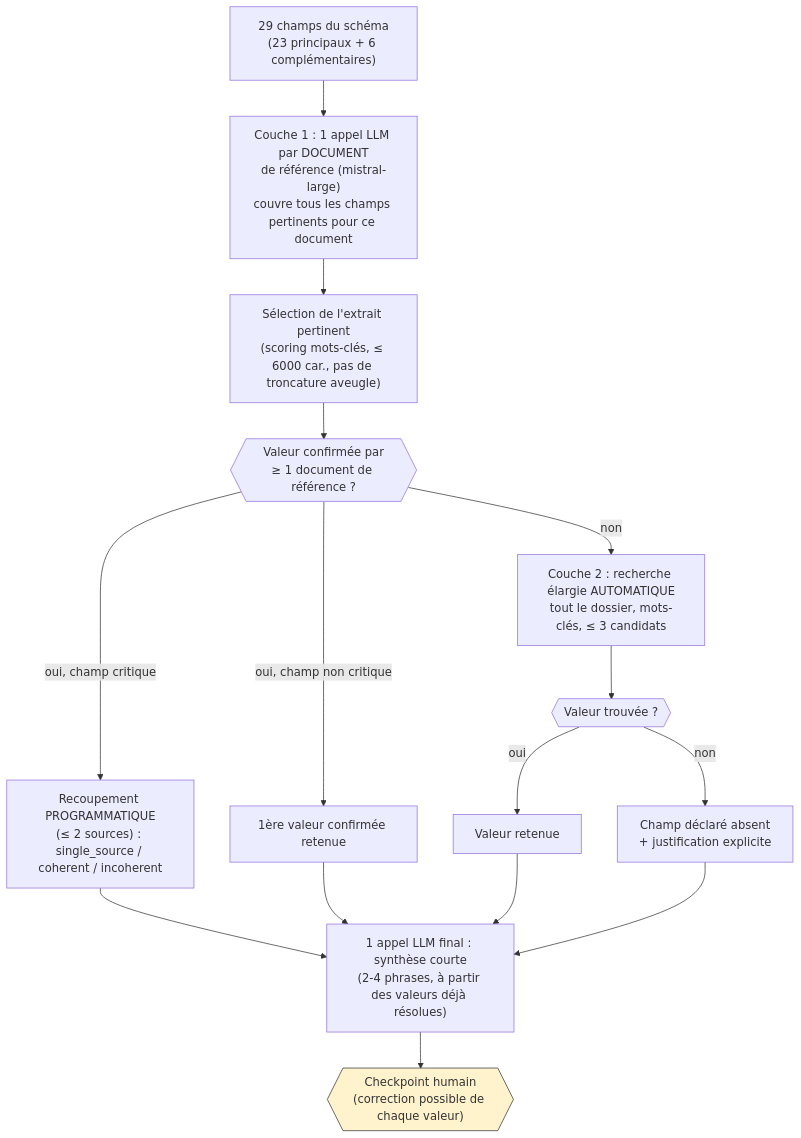
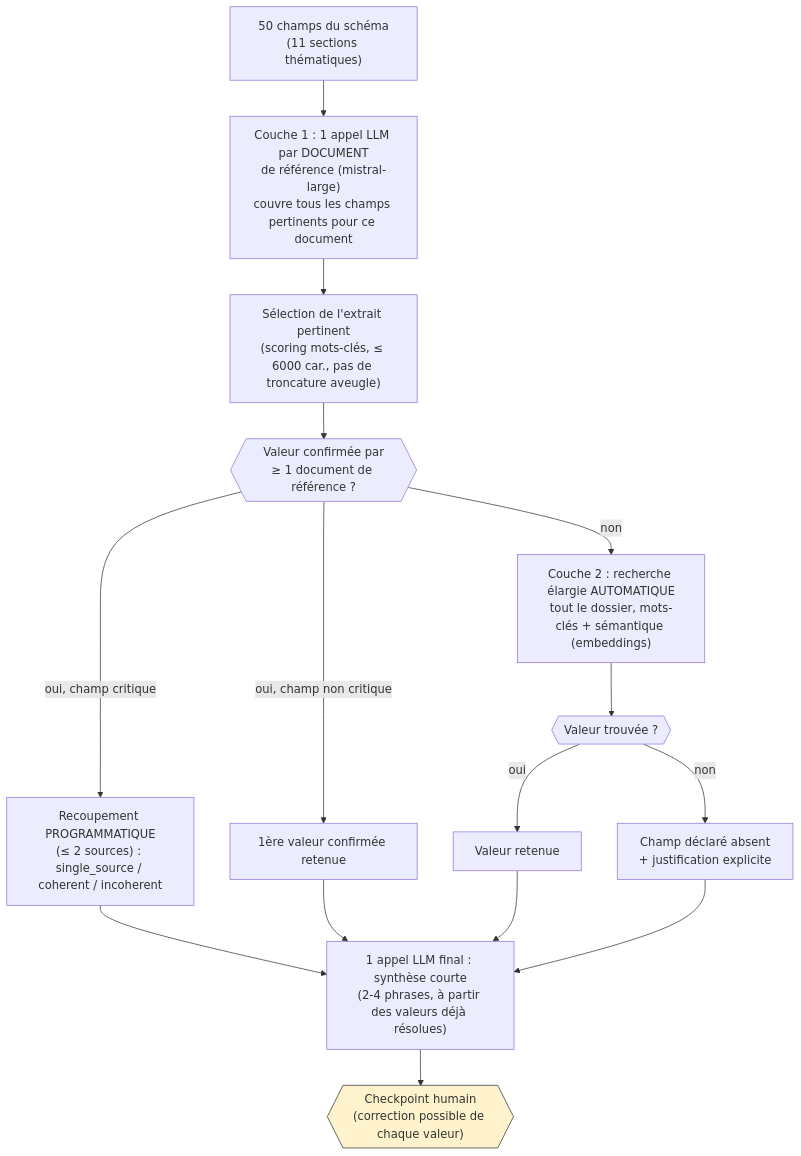
The seventh of 9 diagrams in docs/ARCHITECTURE.md (louisclzzzzzzz/AOP-app-v2), drawn with Mermaid before and after one commit. The commit also changed other lines of this file, not shown here.

First line of the commit message:
Met à jour ARCHITECTURE.md : schéma d'extraction à 50 champs, couche sémantique

````diff
--- a/docs/ARCHITECTURE.md
+++ b/docs/ARCHITECTURE.md
@@ -380,20 +380,20 @@
 ```mermaid
 flowchart TD
-    START["29 champs du schéma<br/>(23 principaux + 6 complémentaires)"] --> L1["Couche 1 : 1 appel LLM par DOCUMENT<br/>de référence (mistral-large)<br/>couvre tous les champs pertinents pour ce document"]
+    START["50 champs du schéma<br/>(11 sections thématiques)"] --> L1["Couche 1 : 1 appel LLM par DOCUMENT<br/>de référence (mistral-large)<br/>couvre tous les champs pertinents pour ce document"]
     L1 --> EXCERPT["Sélection de l'extrait pertinent<br/>(scoring mots-clés, ≤ 6000 car., pas de troncature aveugle)"]
     EXCERPT --> RESOLVE{{"Valeur confirmée par<br/>≥ 1 document de référence ?"}}
     RESOLVE -->|"oui, champ critique"| CROSS["Recoupement PROGRAMMATIQUE<br/>(≤ 2 sources) : single_source / coherent / incoherent"]
     RESOLVE -->|"oui, champ non critique"| FIRST["1ère valeur confirmée retenue"]
-    RESOLVE -->|non| L2["Couche 2 : recherche élargie AUTOMATIQUE<br/>tout le dossier, mots-clés, ≤ 3 candidats"]
+    RESOLVE -->|non| L2["Couche 2 : recherche élargie AUTOMATIQUE<br/>tout le dossier, mots-clés + sémantique (embeddings)"]
     L2 --> RESOLVE2{{"Valeur trouvée ?"}}
     RESOLVE2 -->|oui| FOUND2["Valeur retenue"]
     RESOLVE2 -->|non| ABSENT["Champ déclaré absent<br/>+ justification explicite"]
 
     CROSS --> SYNTH["1 appel LLM final : synthèse courte<br/>(2-4 phrases, à partir des valeurs déjà résolues)"]
     FIRST --> SYNTH
     FOUND2 --> SYNTH
     ABSENT --> SYNTH
     SYNTH --> CP{{"Checkpoint humain<br/>(correction possible de chaque valeur)"}}
 
     style CP fill:#fff3cd,stroke:#333
 ```
````
